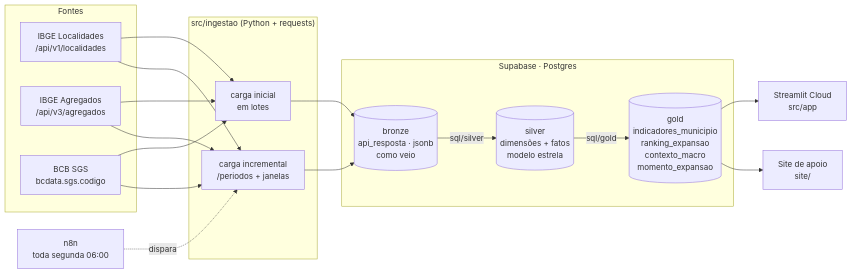
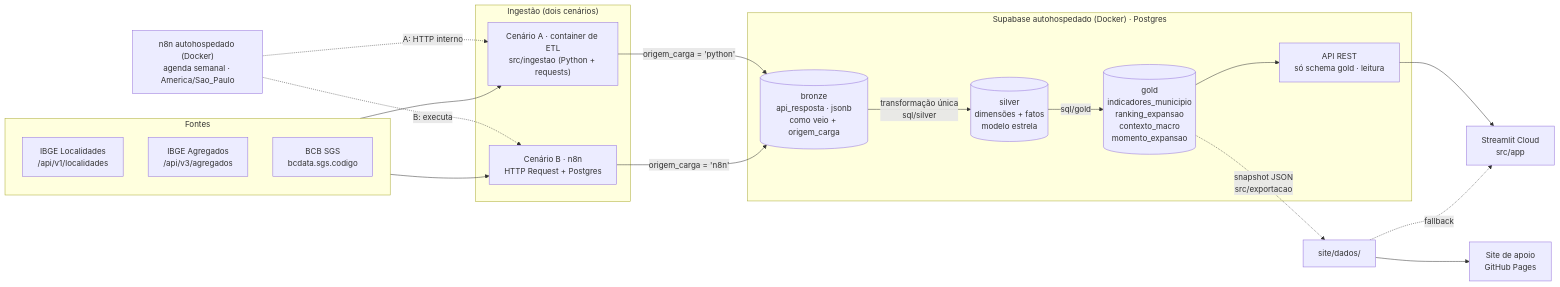
The first of 4 diagrams in spec.md (JJ-Junior/radar-expansao), drawn with Mermaid before and after one commit. The commit also changed other lines of this file, not shown here.

````diff
--- a/spec.md
+++ b/spec.md
@@ -13,33 +26,34 @@
 ```mermaid
 flowchart LR
     subgraph Fontes
         L["IBGE Localidades<br/>/api/v1/localidades"]
         A["IBGE Agregados<br/>/api/v3/agregados"]
         S["BCB SGS<br/>bcdata.sgs.codigo"]
     end
 
-    subgraph Ingestao["src/ingestao (Python + requests)"]
-        CI[carga inicial<br/>em lotes]
-        INC[carga incremental<br/>/periodos + janelas]
+    subgraph Ingestao["Ingestão (dois cenários)"]
+        PY["Cenário A · container de ETL<br/>src/ingestao (Python + requests)"]
+        WF["Cenário B · n8n<br/>HTTP Request + Postgres"]
     end
 
-    subgraph Supabase["Supabase · Postgres"]
-        B[(bronze<br/>api_resposta · jsonb<br/>como veio)]
-        SV[(silver<br/>dimensões + fatos<br/>modelo estrela)]
-        G[(gold<br/>indicadores_municipio<br/>ranking_expansao<br/>contexto_macro<br/>momento_expansao)]
+    subgraph Docker["Supabase autohospedado (Docker) · Postgres"]
+        B[("bronze<br/>api_resposta · jsonb<br/>como veio + origem_carga")]
+        SV[("silver<br/>dimensões + fatos<br/>modelo estrela")]
+        G[("gold<br/>indicadores_municipio<br/>ranking_expansao<br/>contexto_macro<br/>momento_expansao")]
+        API["API REST<br/>só schema gold · leitura"]
     end
 
-    N8N[n8n<br/>toda segunda 06:00] -.->|dispara| INC
-    L --> CI
-    A --> CI
-    S --> CI
-    L --> INC
-    A --> INC
-    S --> INC
-    CI --> B
-    INC --> B
-    B -->|sql/silver| SV
+    N8N["n8n autohospedado (Docker)<br/>agenda semanal · America/Sao_Paulo"] -.->|"A: HTTP interno"| PY
+    N8N -.->|"B: executa"| WF
+    Fontes --> PY
+    Fontes --> WF
+    PY -->|"origem_carga = 'python'"| B
+    WF -->|"origem_carga = 'n8n'"| B
+    B -->|"transformação única<br/>sql/silver"| SV
     SV -->|sql/gold| G
-    G --> APP[Streamlit Cloud<br/>src/app]
-    G --> SITE[Site de apoio<br/>site/]
+    G --> API
+    API --> APP["Streamlit Cloud<br/>src/app"]
+    G -.->|"snapshot JSON<br/>src/exportacao"| SNAP["site/dados/"]
+    SNAP -.->|fallback| APP
+    SNAP --> SITE["Site de apoio<br/>GitHub Pages"]
 ```
````
